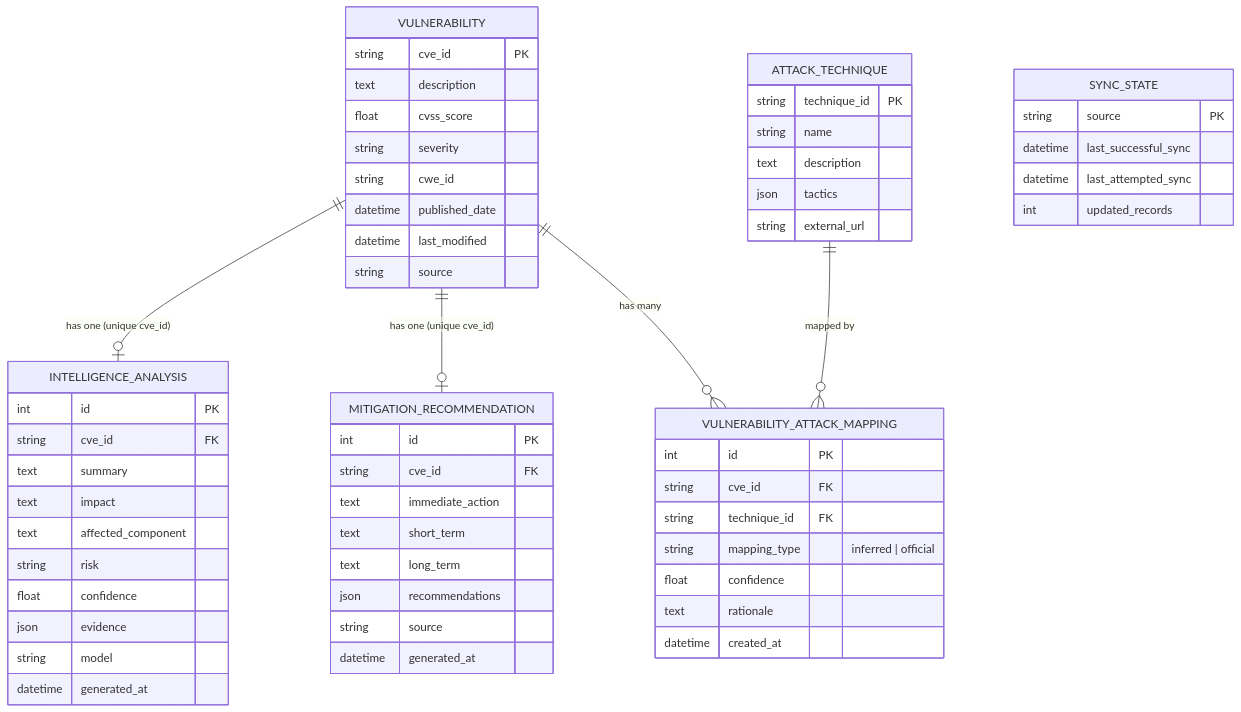
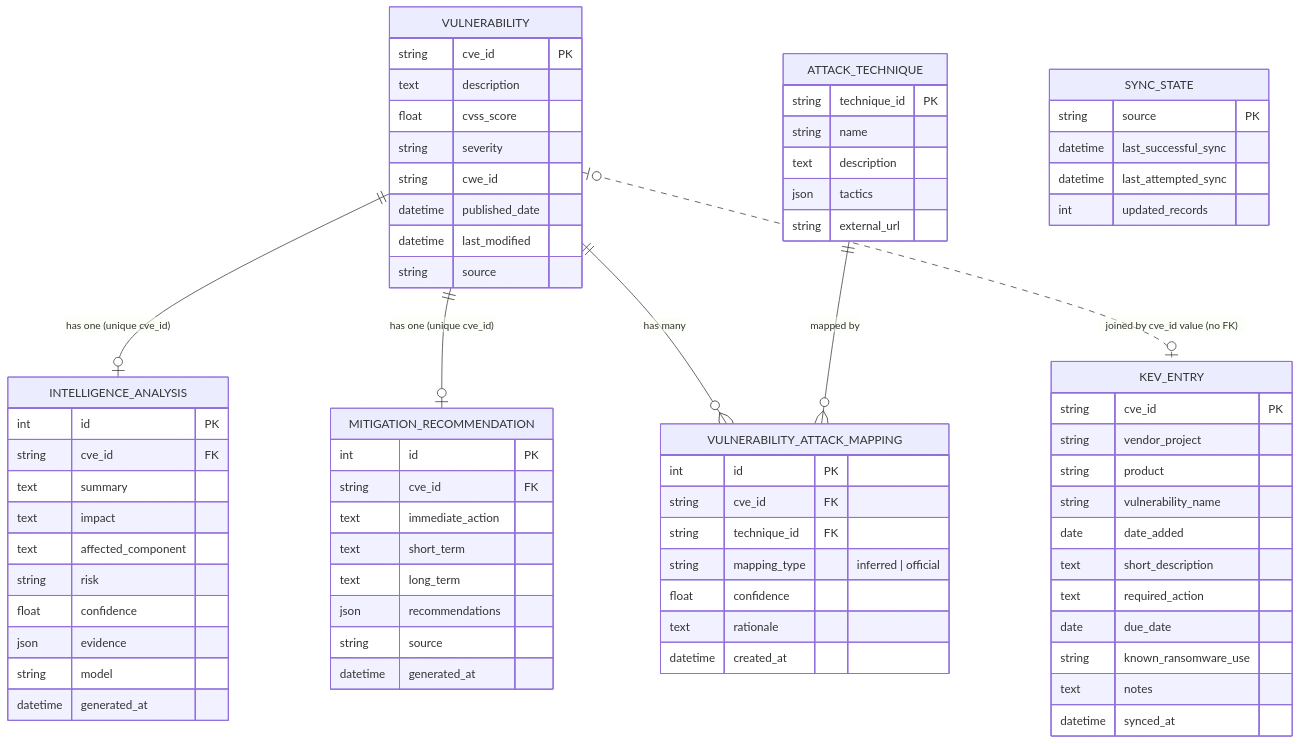
One commit to tripathin750/ai-threat-intelligence-assistant changed the diagram in diagrams/er-diagram.md. Above: the diagram before and after it, drawn with Mermaid. The commit also changed other lines of this file and 16 other files, not shown here.

````diff
--- a/diagrams/er-diagram.md
+++ b/diagrams/er-diagram.md
@@ -5,67 +5,82 @@
 ```mermaid
 erDiagram
     VULNERABILITY {
         string cve_id PK
         text description
         float cvss_score
         string severity
         string cwe_id
         datetime published_date
         datetime last_modified
         string source
     }
 
     ATTACK_TECHNIQUE {
         string technique_id PK
         string name
         text description
         json tactics
         string external_url
     }
 
     INTELLIGENCE_ANALYSIS {
         int id PK
         string cve_id FK
         text summary
         text impact
         text affected_component
         string risk
         float confidence
         json evidence
         string model
         datetime generated_at
     }
 
     MITIGATION_RECOMMENDATION {
         int id PK
         string cve_id FK
         text immediate_action
         text short_term
         text long_term
         json recommendations
         string source
         datetime generated_at
     }
 
     VULNERABILITY_ATTACK_MAPPING {
         int id PK
         string cve_id FK
         string technique_id FK
         string mapping_type "inferred | official"
         float confidence
         text rationale
         datetime created_at
     }
 
     SYNC_STATE {
         string source PK
         datetime last_successful_sync
         datetime last_attempted_sync
         int updated_records
     }
 
+    KEV_ENTRY {
+        string cve_id PK
+        string vendor_project
+        string product
+        string vulnerability_name
+        date date_added
+        text short_description
+        text required_action
+        date due_date
+        string known_ransomware_use
+        text notes
+        datetime synced_at
+    }
+
     VULNERABILITY ||--o| INTELLIGENCE_ANALYSIS : "has one (unique cve_id)"
     VULNERABILITY ||--o| MITIGATION_RECOMMENDATION : "has one (unique cve_id)"
     VULNERABILITY ||--o{ VULNERABILITY_ATTACK_MAPPING : "has many"
     ATTACK_TECHNIQUE ||--o{ VULNERABILITY_ATTACK_MAPPING : "mapped by"
+    VULNERABILITY |o..o| KEV_ENTRY : "joined by cve_id value (no FK)"
 ```
````
